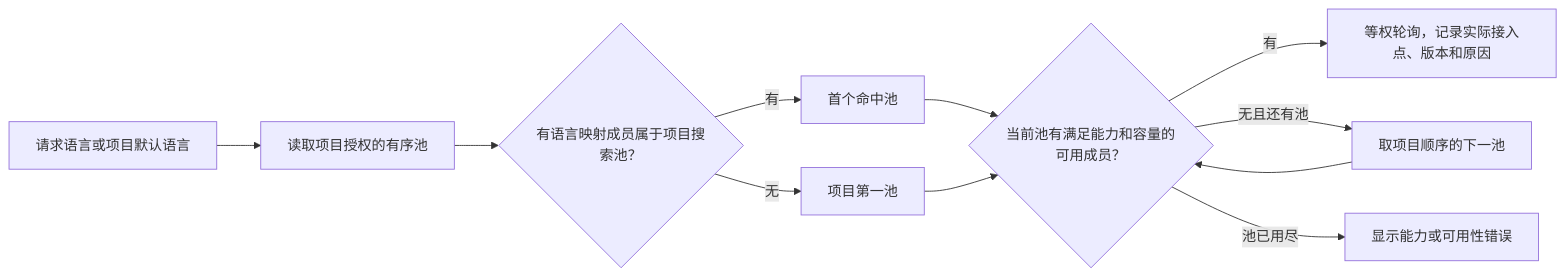
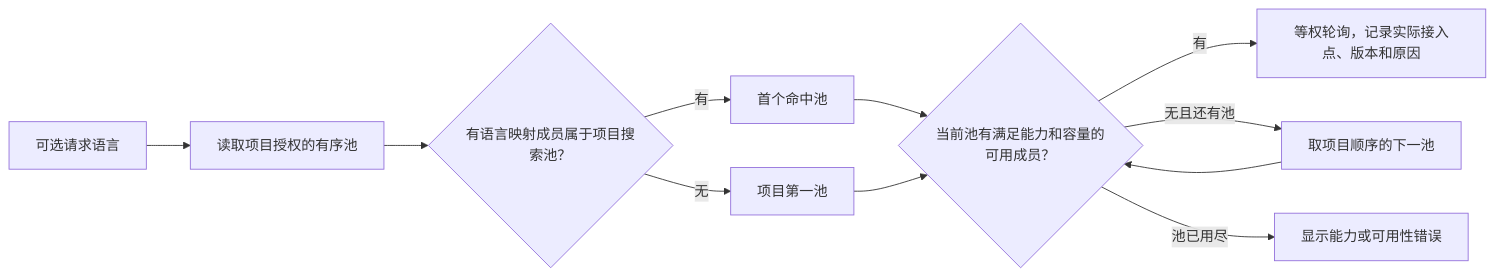
The first of 2 diagrams in docs/plan1/11-atlas-frontend-reference.md (Minecodex/OpenAgentSearch), drawn with Mermaid before and after one commit. The commit also changed other lines of this file and 276 other files, not shown here.

````diff
--- a/docs/plan1/11-atlas-frontend-reference.md
+++ b/docs/plan1/11-atlas-frontend-reference.md
@@ -45,12 +47,12 @@
 ```mermaid
 flowchart LR
-    A["请求语言或项目默认语言"] --> B["读取项目授权的有序池"]
+    A["可选请求语言"] --> B["读取项目授权的有序池"]
     B --> D{"有语言映射成员属于项目搜索池？"}
     D -->|有| E["首个命中池"]
     D -->|无| F["项目第一池"]
     E --> G{"当前池有满足能力和容量的可用成员？"}
     F --> G
     G -->|有| H["等权轮询，记录实际接入点、版本和原因"]
     G -->|无且还有池| N["取项目顺序的下一池"] --> G
     G -->|池已用尽| X["显示能力或可用性错误"]
 ```
````
